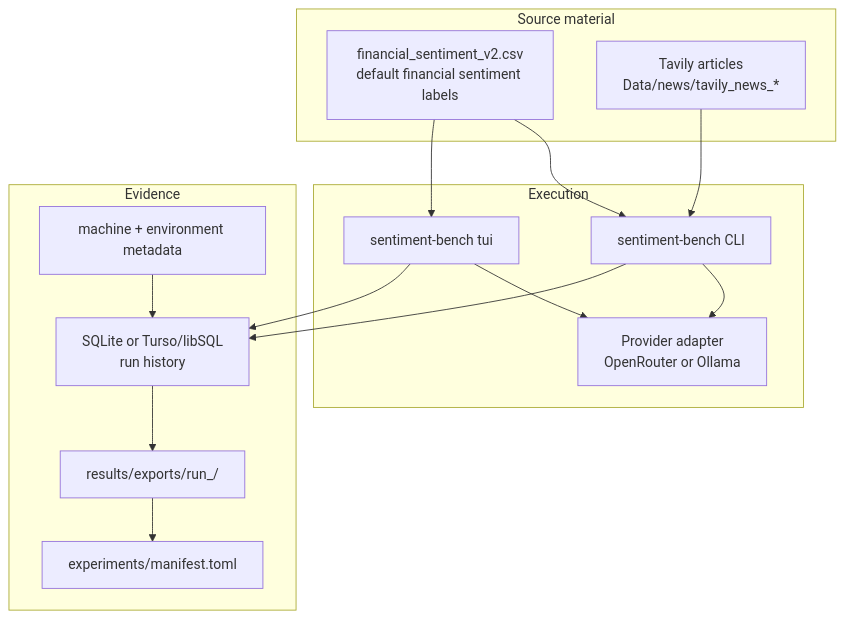
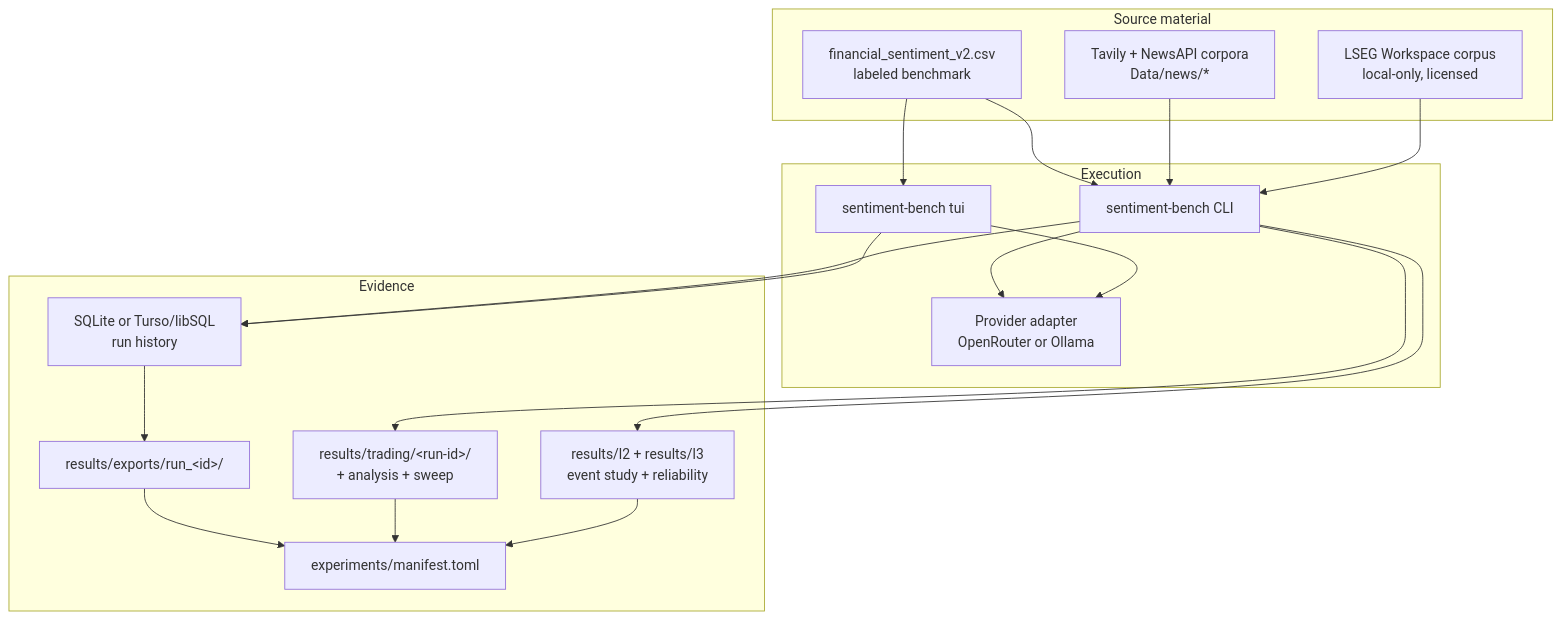
One commit to PeterLP123/Sentiment_Dissertation changed the diagram in docs/README.md. Above: the diagram before and after it, drawn with Mermaid. The commit also changed other lines of this file and 12 other files, not shown here.

First line of the commit message:
docs: overhaul with trading guide, complete CLI index, and diagrams

````diff
--- a/docs/README.md
+++ b/docs/README.md
@@ -36,28 +46,34 @@
 ```mermaid
 flowchart TB
     subgraph Source["Source material"]
-        D["financial_sentiment_v2.csv<br/>default financial sentiment labels"]
-        N["Tavily articles<br/>Data/news/tavily_news_*"]
+        D["financial_sentiment_v2.csv<br/>labeled benchmark"]
+        N["Tavily + NewsAPI corpora<br/>Data/news/*"]
+        LS["LSEG Workspace corpus<br/>local-only, licensed"]
     end
     subgraph Execution["Execution"]
         CLI["sentiment-bench CLI"]
         TUI["sentiment-bench tui"]
         P["Provider adapter<br/>OpenRouter or Ollama"]
     end
     subgraph Evidence["Evidence"]
         DB["SQLite or Turso/libSQL<br/>run history"]
-        E["results/exports/run_<id>/"]
+        E["results/exports/run_&lt;id&gt;/"]
+        TR["results/trading/&lt;run-id&gt;/<br/>+ analysis + sweep"]
+        L23["results/l2 + results/l3<br/>event study + reliability"]
         M["experiments/manifest.toml"]
-        ENV["machine + environment metadata"]
     end
     D --> CLI
+    N --> CLI
+    LS --> CLI
     D --> TUI
-    N --> CLI
     CLI --> P
     TUI --> P
     CLI --> DB
     TUI --> DB
-    ENV --> DB
     DB --> E
+    CLI --> TR
+    CLI --> L23
     E --> M
+    TR --> M
+    L23 --> M
 ```
````
